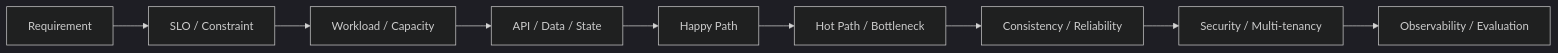
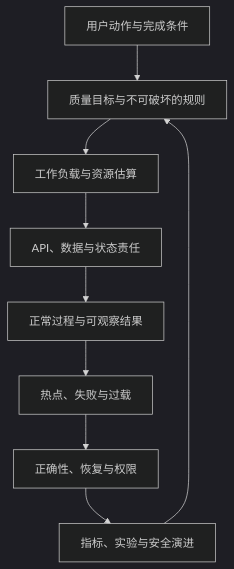
The first of 6 diagrams in curriculum/10-system-design/review/README.md (studyzhige-ui/ai-application-interview-handbook), drawn with Mermaid (dark theme) before and after one commit. The commit also changed other lines of this file and 33 other files, not shown here.

````diff
--- a/curriculum/10-system-design/review/README.md
+++ b/curriculum/10-system-design/review/README.md
@@ -17,11 +9,11 @@
 ```mermaid
-flowchart LR
-    A["Requirement"] --> B["SLO / Constraint"]
-    B --> C["Workload / Capacity"]
-    C --> D["API / Data / State"]
-    D --> E["Happy Path"]
-    E --> F["Hot Path / Bottleneck"]
-    F --> G["Consistency / Reliability"]
-    G --> H["Security / Multi-tenancy"]
-    H --> I["Observability / Evaluation"]
+flowchart TD
+    A["用户动作与完成条件"] --> B["质量目标与不可破坏的规则"]
+    B --> C["工作负载与资源估算"]
+    C --> D["API、数据与状态责任"]
+    D --> E["正常过程与可观察结果"]
+    E --> F["热点、失败与过载"]
+    F --> G["正确性、恢复与权限"]
+    G --> H["指标、实验与安全演进"]
+    H --> B
 ```
````
